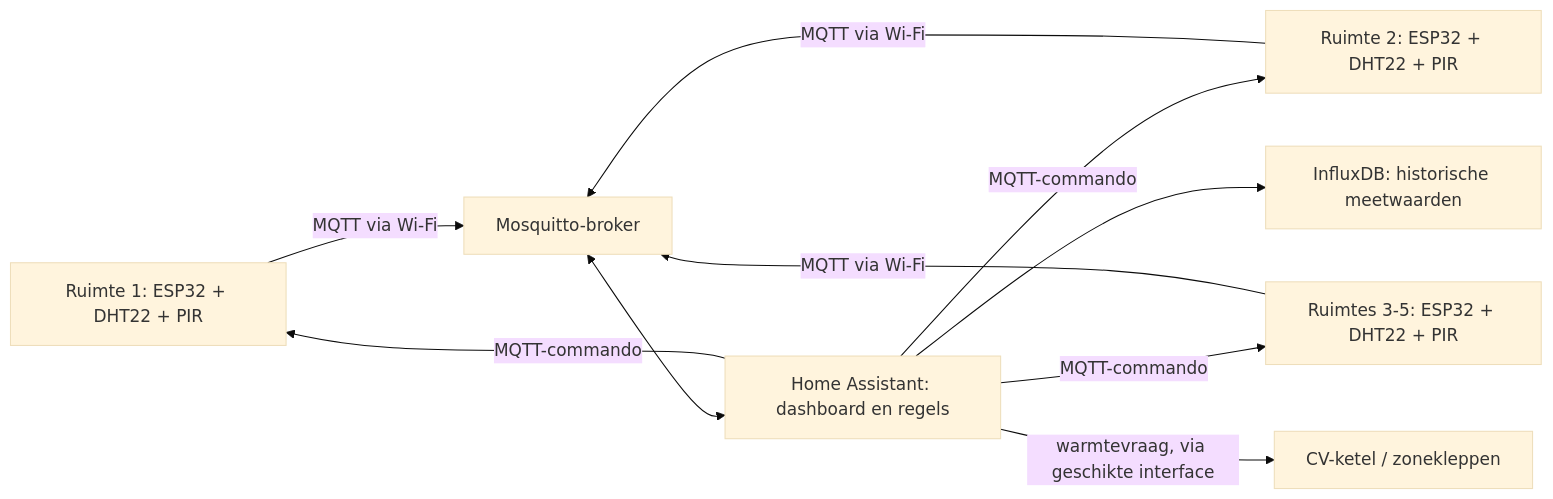
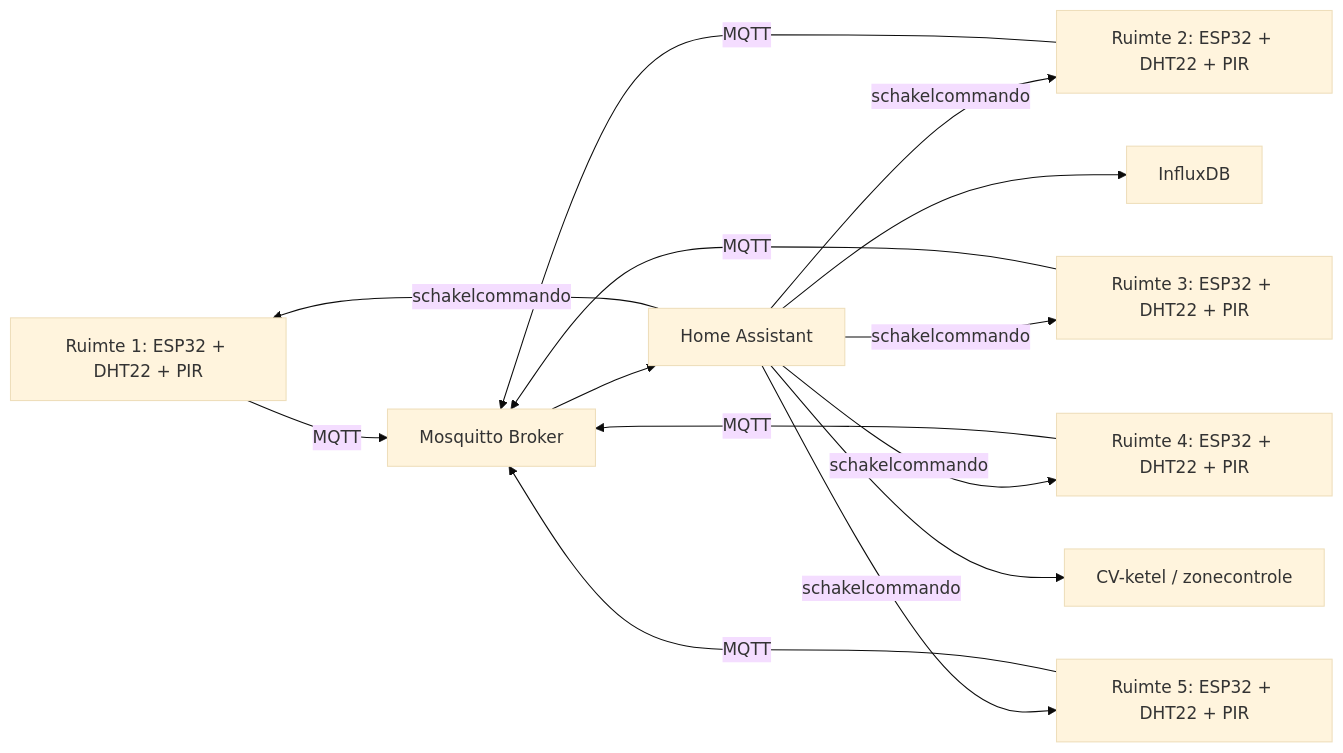
One commit to rayman2446/IoT-home-asistent changed the diagram in README.md. Above: the diagram before and after it, drawn with Mermaid (base theme). The commit also changed other lines of this file, not shown here.

````diff
--- a/README.md
+++ b/README.md
@@ -11,12 +42,16 @@
 ```mermaid
 flowchart LR
-    S1[Ruimte 1: ESP32 + DHT22 + PIR] -->|MQTT via Wi-Fi| M[ Mosquitto-broker ]
-    S2[Ruimte 2: ESP32 + DHT22 + PIR] -->|MQTT via Wi-Fi| M
-    S5[Ruimtes 3-5: ESP32 + DHT22 + PIR] -->|MQTT via Wi-Fi| M
-    M <--> HA[Home Assistant: dashboard en regels]
-    HA --> DB[InfluxDB: historische meetwaarden]
-    HA -->|MQTT-commando| S1
-    HA -->|MQTT-commando| S2
-    HA -->|MQTT-commando| S5
-    HA -->|warmtevraag, via geschikte interface| B[CV-ketel / zonekleppen]
+    R1[Ruimte 1: ESP32 + DHT22 + PIR] -->|MQTT| B[Mosquitto Broker]
+    R2[Ruimte 2: ESP32 + DHT22 + PIR] -->|MQTT| B
+    R3[Ruimte 3: ESP32 + DHT22 + PIR] -->|MQTT| B
+    R4[Ruimte 4: ESP32 + DHT22 + PIR] -->|MQTT| B
+    R5[Ruimte 5: ESP32 + DHT22 + PIR] -->|MQTT| B
+    B --> HA[Home Assistant]
+    HA --> DB[InfluxDB]
+    HA -->|schakelcommando| R1
+    HA -->|schakelcommando| R2
+    HA -->|schakelcommando| R3
+    HA -->|schakelcommando| R4
+    HA -->|schakelcommando| R5
+    HA --> CV[CV-ketel / zonecontrole]
 ```
````
